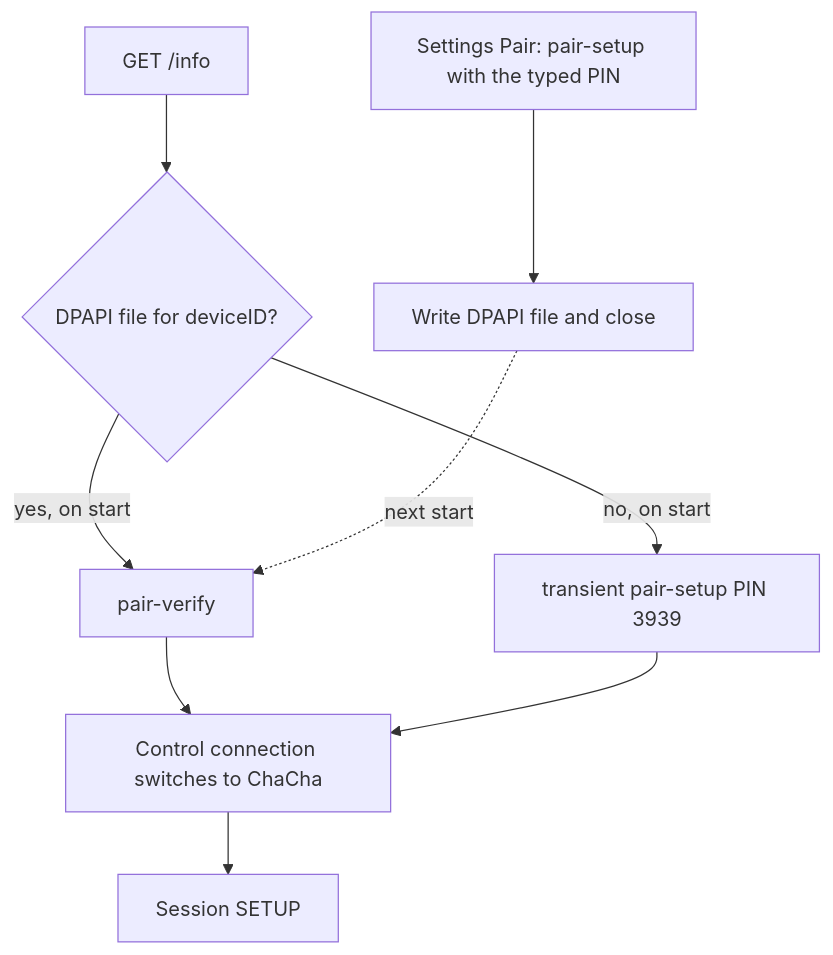
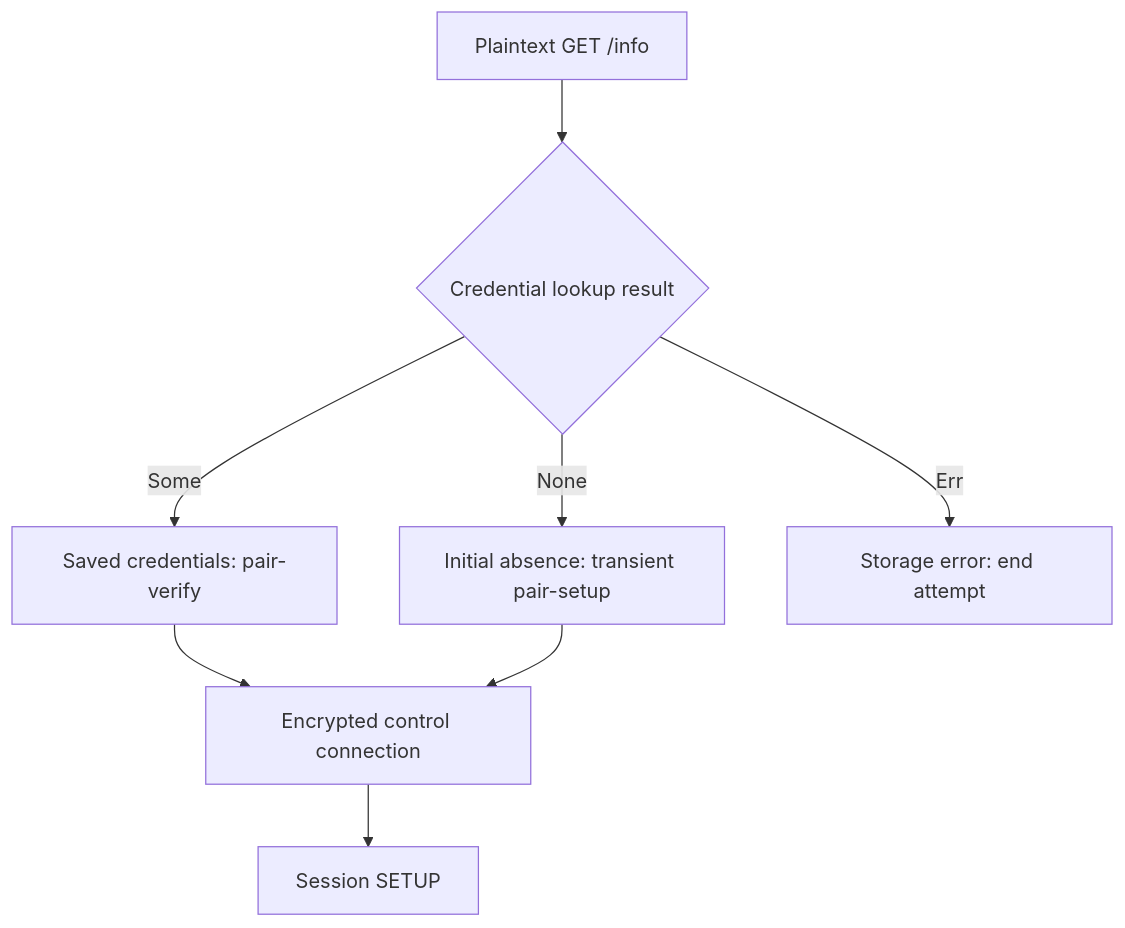
The diagram in docs/analysis/auth.md (ThatMarko/AirFlash), drawn with Mermaid before and after one commit. The commit also changed other lines of this file and 48 other files, not shown here.

````diff
--- a/docs/analysis/auth.md
+++ b/docs/analysis/auth.md
@@ -17,16 +13,15 @@
 ```mermaid
 flowchart TD
-  INFO[GET /info]
-  FILE{DPAPI file for deviceID?}
-  VERIFY[pair-verify]
-  TRANSIENT[transient pair-setup PIN 3939]
-  USER[Settings Pair: pair-setup with the typed PIN]
-  CTRL[Control connection switches to ChaCha]
-  SAVE[Write DPAPI file and close]
+  INFO[Plaintext GET /info]
+  LOOKUP{Credential lookup result}
+  VERIFY[Saved credentials: pair-verify]
+  TRANSIENT[Initial absence: transient pair-setup]
+  ERROR[Storage error: end attempt]
+  CTRL[Encrypted control connection]
   SETUP[Session SETUP]
-  INFO --> FILE
-  FILE -->|yes, on start| VERIFY --> CTRL --> SETUP
-  FILE -->|no, on start| TRANSIENT --> CTRL
-  USER --> SAVE
-  SAVE -.->|next start| VERIFY
+  INFO --> LOOKUP
+  LOOKUP -->|Some| VERIFY --> CTRL
+  LOOKUP -->|None| TRANSIENT --> CTRL
+  LOOKUP -->|Err| ERROR
+  CTRL --> SETUP
 ```
````
